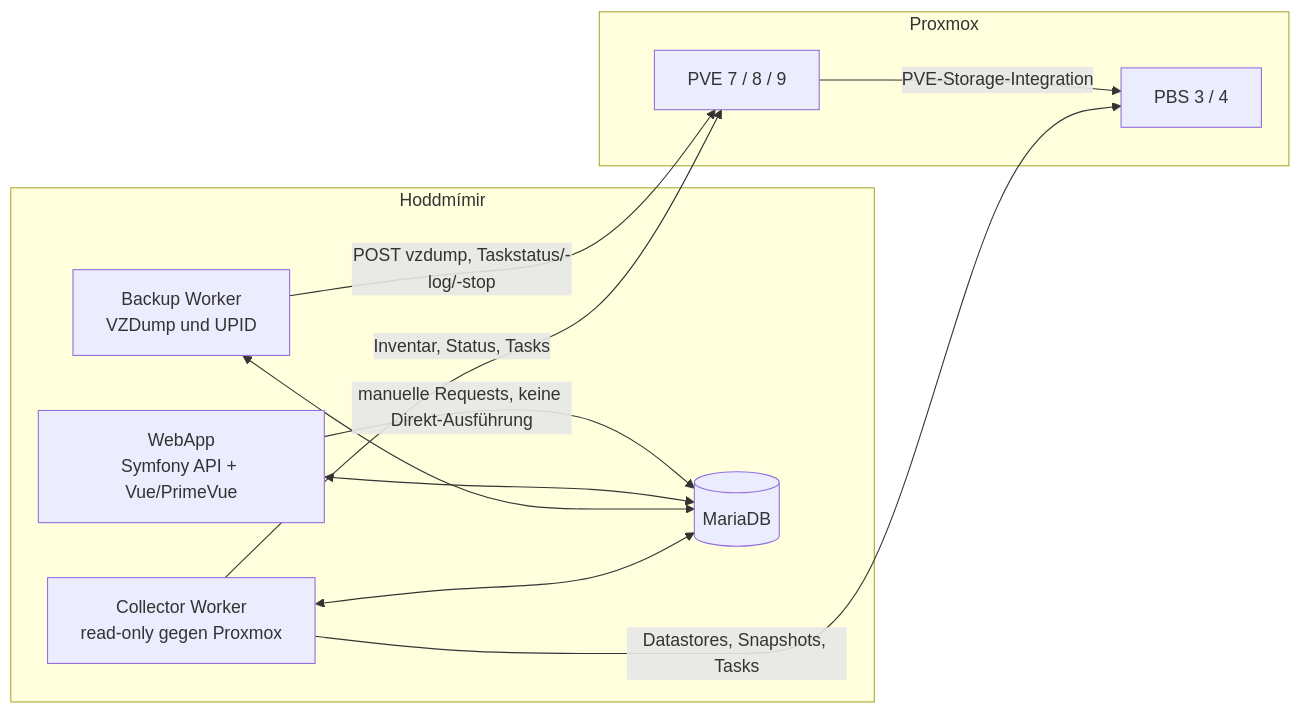
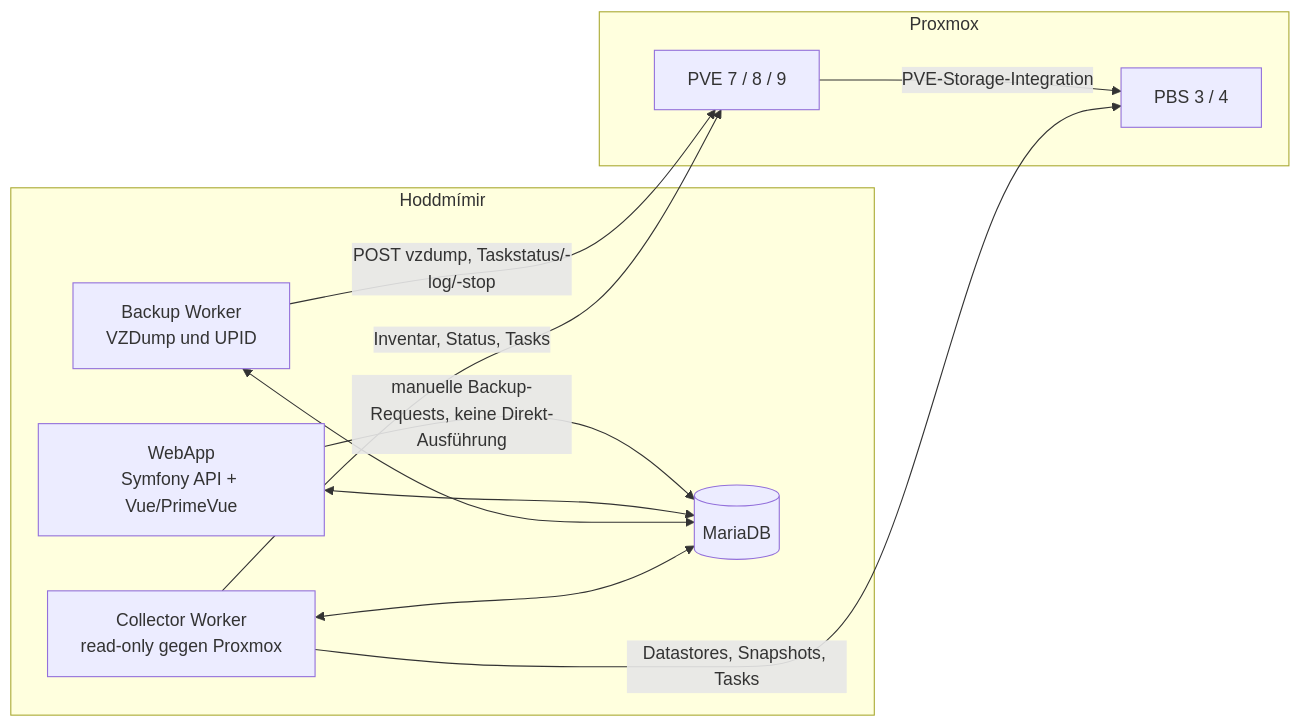
One commit to TobiasPottgueter/hoddmimir changed the diagram in docs/rewrite-plan.md. Above: the diagram before and after it, drawn with Mermaid. The commit also changed other lines of this file and 13 other files, not shown here.

````diff
--- a/docs/rewrite-plan.md
+++ b/docs/rewrite-plan.md
@@ -133,23 +134,23 @@
 ```mermaid
 flowchart LR
     subgraph Proxmox
         PVE["PVE 7 / 8 / 9"]
         PBS["PBS 3 / 4"]
     end
 
     subgraph H["Hoddmímir"]
         C["Collector Worker\nread-only gegen Proxmox"]
         B["Backup Worker\nVZDump und UPID"]
         W["WebApp\nSymfony API + Vue/PrimeVue"]
         D[("MariaDB")]
     end
 
     C -->|"Inventar, Status, Tasks"| PVE
     C -->|"Datastores, Snapshots, Tasks"| PBS
     B -->|"POST vzdump, Taskstatus/-log/-stop"| PVE
     PVE -->|"PVE-Storage-Integration"| PBS
     C <--> D
     B <--> D
     W <--> D
-    W -->|"manuelle Requests, keine Direkt-Ausführung"| D
+    W -->|"manuelle Backup-Requests, keine Direkt-Ausführung"| D
 ```
````
